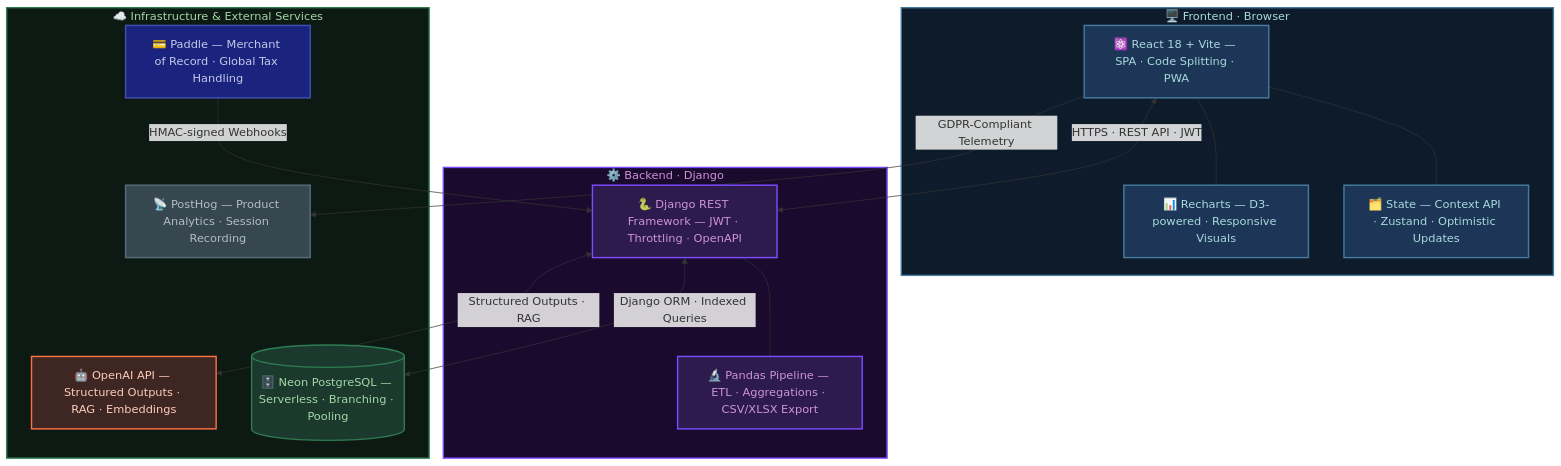
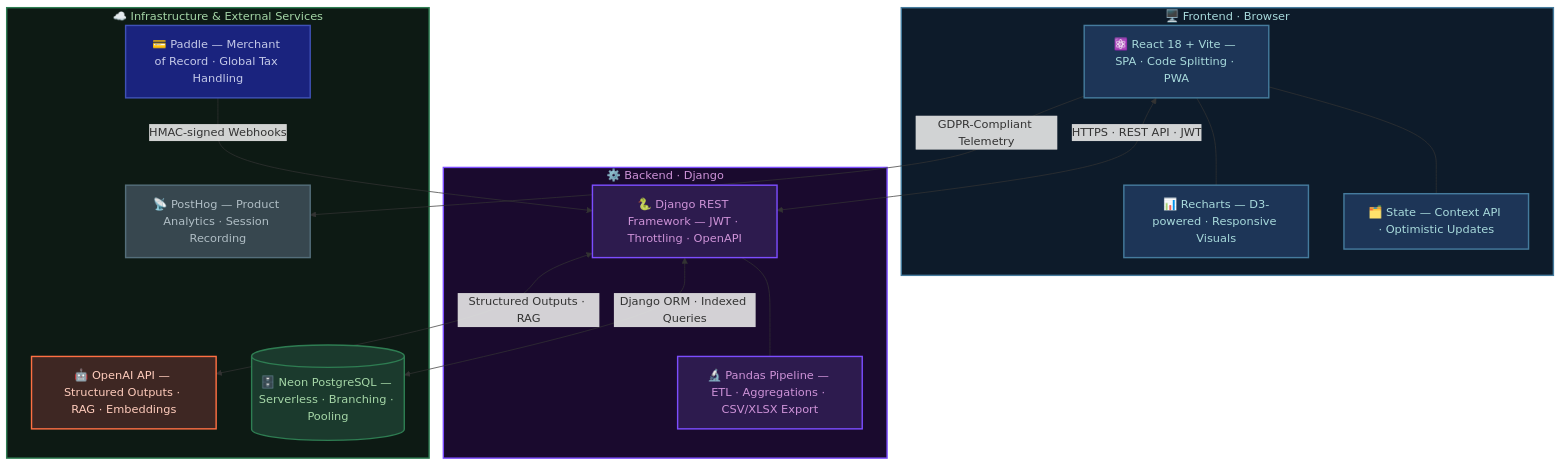
The diagram in README.md (ravion223/brio-ai-showcase), drawn with Mermaid before and after one commit.

Commit message:
System Architecture update in README

````diff
--- a/README.md
+++ b/README.md
@@ -22,50 +22,50 @@
 ```mermaid
 graph TD
 
     subgraph FE["🖥️ Frontend · Browser"]
         React["⚛️ React 18 + Vite — SPA · Code Splitting · PWA"]
-        State["🗂️ State — Context API · Zustand · Optimistic Updates"]
+        State["🗂️ State — Context API · Optimistic Updates"]
         Charts["📊 Recharts — D3-powered · Responsive Visuals"]
         React --- State
         React --- Charts
     end
 
     subgraph BE["⚙️ Backend · Django"]
         Django["🐍 Django REST Framework — JWT · Throttling · OpenAPI"]
         Pandas["🔬 Pandas Pipeline — ETL · Aggregations · CSV/XLSX Export"]
         Django --- Pandas
     end
 
     subgraph INFRA["☁️ Infrastructure & External Services"]
         DB[("🗄️ Neon PostgreSQL — Serverless · Branching · Pooling")]
         OpenAI["🤖 OpenAI API — Structured Outputs · RAG · Embeddings"]
         Paddle["💳 Paddle — Merchant of Record · Global Tax Handling"]
         PostHog["📡 PostHog — Product Analytics · Session Recording"]
     end
 
     React <-->|HTTPS · REST API · JWT| Django
     React -->|GDPR-Compliant Telemetry| PostHog
     Django <-->|Django ORM · Indexed Queries| DB
     Django <-->|Structured Outputs · RAG| OpenAI
     Paddle -->|HMAC-signed Webhooks| Django
 
     %% ── Node Styles ─────────────────────────────────────────────
     classDef frontendNode  fill:#1d3557,stroke:#457b9d,stroke-width:2px,color:#a8dadc
     classDef backendNode   fill:#2d1b4e,stroke:#7c4dff,stroke-width:2px,color:#ce93d8
     classDef dbNode        fill:#1b3a2d,stroke:#2e7d52,stroke-width:2px,color:#a5d6a7
     classDef aiNode        fill:#3e2723,stroke:#ff7043,stroke-width:2px,color:#ffccbc
     classDef paymentsNode  fill:#1a237e,stroke:#3f51b5,stroke-width:2px,color:#c5cae9
     classDef analyticsNode fill:#37474f,stroke:#546e7a,stroke-width:2px,color:#b0bec5
 
     class React,State,Charts frontendNode
     class Django,Pandas backendNode
     class DB dbNode
     class OpenAI aiNode
     class Paddle paymentsNode
     class PostHog analyticsNode
 
     %% ── Subgraph Styles ─────────────────────────────────────────
     style FE    fill:#0d1b2a,stroke:#457b9d,stroke-width:2px,color:#a8dadc
     style BE    fill:#1a0a2e,stroke:#7c4dff,stroke-width:2px,color:#ce93d8
     style INFRA fill:#0d1a14,stroke:#2e7d52,stroke-width:2px,color:#a5d6a7
 ```
````
